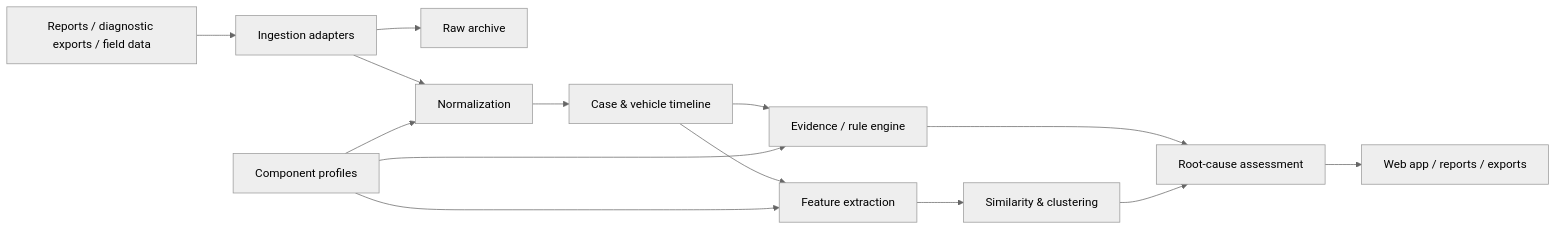
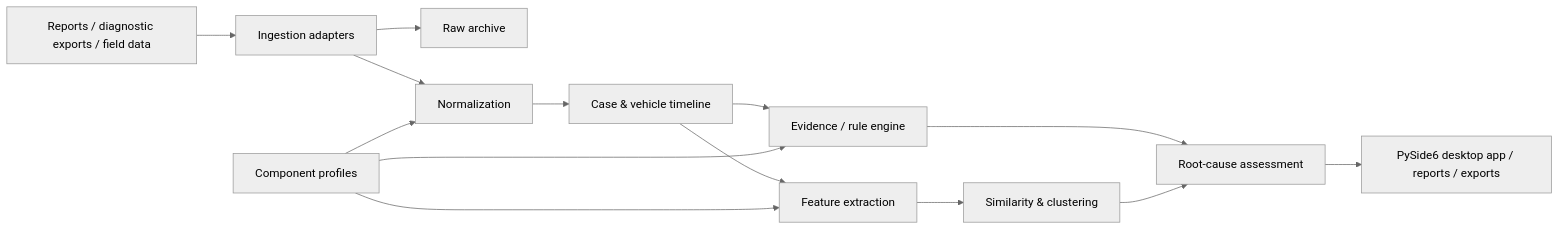
The diagram in README.md (gregoriuscahyanto/ntf-insight), drawn with Mermaid (neutral theme) before and after one commit. The commit also changed other lines of this file, not shown here.

Commit message:
docs: reflect implemented desktop analysis milestone

````diff
--- a/README.md
+++ b/README.md
@@ -55,17 +55,17 @@
 ```mermaid
 flowchart LR
     A[Reports / diagnostic exports / field data] --> B[Ingestion adapters]
     B --> C[Raw archive]
     B --> D[Normalization]
     D --> E[Case & vehicle timeline]
     E --> F[Feature extraction]
     E --> G[Evidence / rule engine]
     F --> H[Similarity & clustering]
     G --> I[Root-cause assessment]
     H --> I
-    I --> J[Web app / reports / exports]
+    I --> J[PySide6 desktop app / reports / exports]
 
     K[Component profiles] --> D
     K --> F
     K --> G
 ```
````
